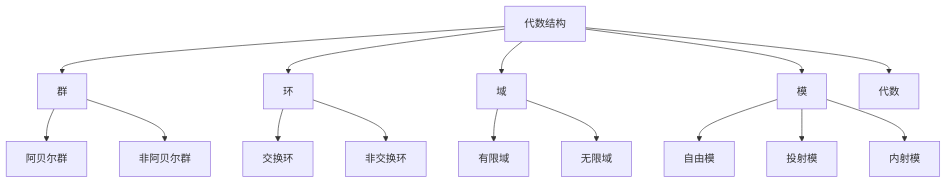
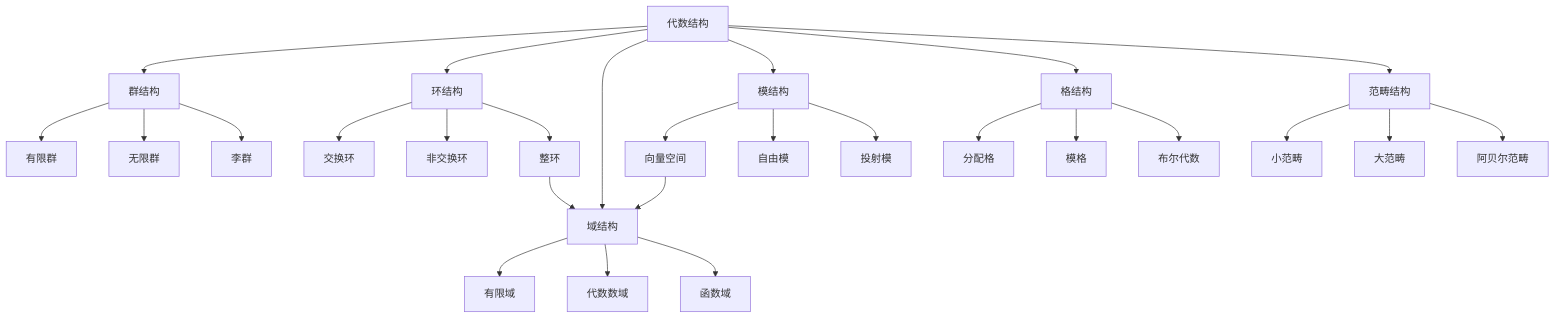
One commit to AdaMartin18010/Mathematics changed the diagram in Math/Refactor/03-代数结构与理论/00-代数结构与理论总览.md. Above: the diagram before and after it, drawn with Mermaid. The commit also changed other lines of this file and 1 other file, not shown here.

````diff
--- a/Math/Refactor/03-代数结构与理论/00-代数结构与理论总览.md
+++ b/Math/Refactor/03-代数结构与理论/00-代数结构与理论总览.md
@@ -112,21 +323,36 @@
 ```mermaid
 graph TD
-    A[代数结构] --> B[群]
-    A --> C[环]
-    A --> D[域]
-    A --> E[模]
-    A --> F[代数]
+    A[代数结构] --> B[群结构]
+    A --> C[环结构]
+    A --> D[域结构]
+    A --> E[模结构]
+    A --> F[格结构]
+    A --> G[范畴结构]
     
-    B --> G[阿贝尔群]
-    B --> H[非阿贝尔群]
+    B --> B1[有限群]
+    B --> B2[无限群]
+    B --> B3[李群]
     
-    C --> I[交换环]
-    C --> J[非交换环]
+    C --> C1[交换环]
+    C --> C2[非交换环]
+    C --> C3[整环]
     
-    D --> K[有限域]
-    D --> L[无限域]
+    D --> D1[有限域]
+    D --> D2[代数数域]
+    D --> D3[函数域]
     
-    E --> M[自由模]
-    E --> N[投射模]
-    E --> O[内射模]
+    E --> E1[向量空间]
+    E --> E2[自由模]
+    E --> E3[投射模]
+    
+    F --> F1[分配格]
+    F --> F2[模格]
+    F --> F3[布尔代数]
+    
+    G --> G1[小范畴]
+    G --> G2[大范畴]
+    G --> G3[阿贝尔范畴]
+    
+    C3 --> D
+    E1 --> D
 ```
````
